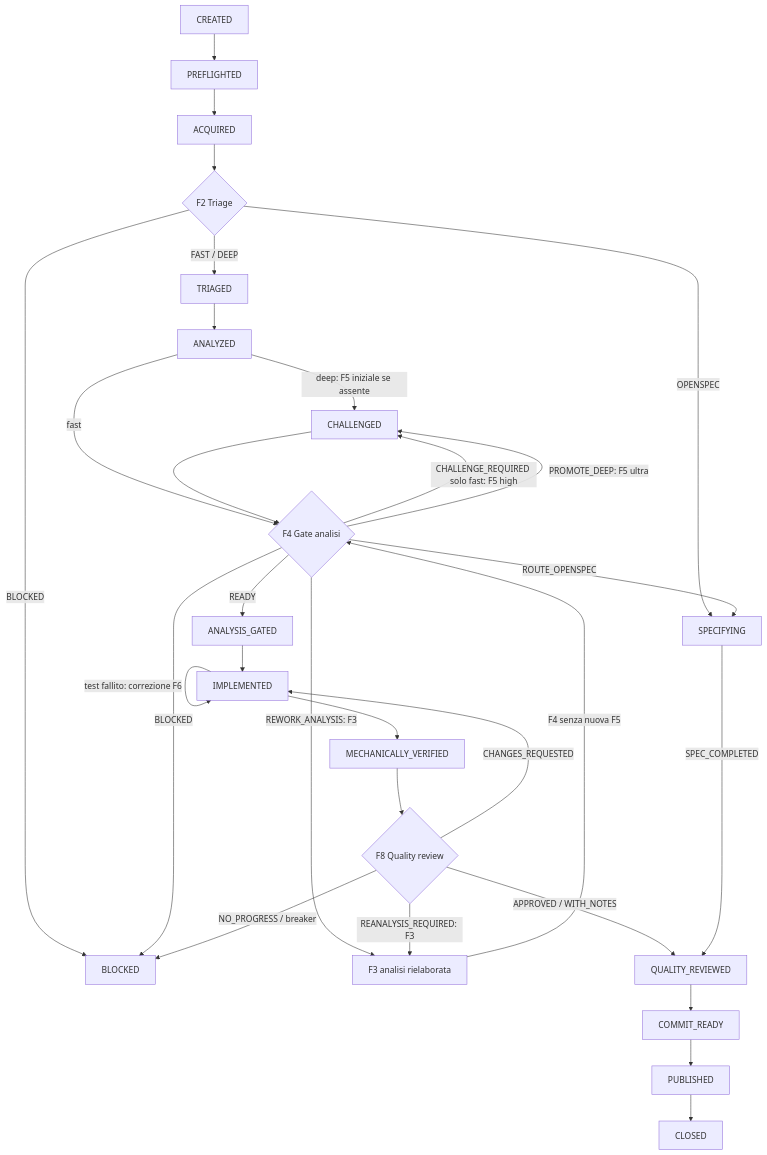
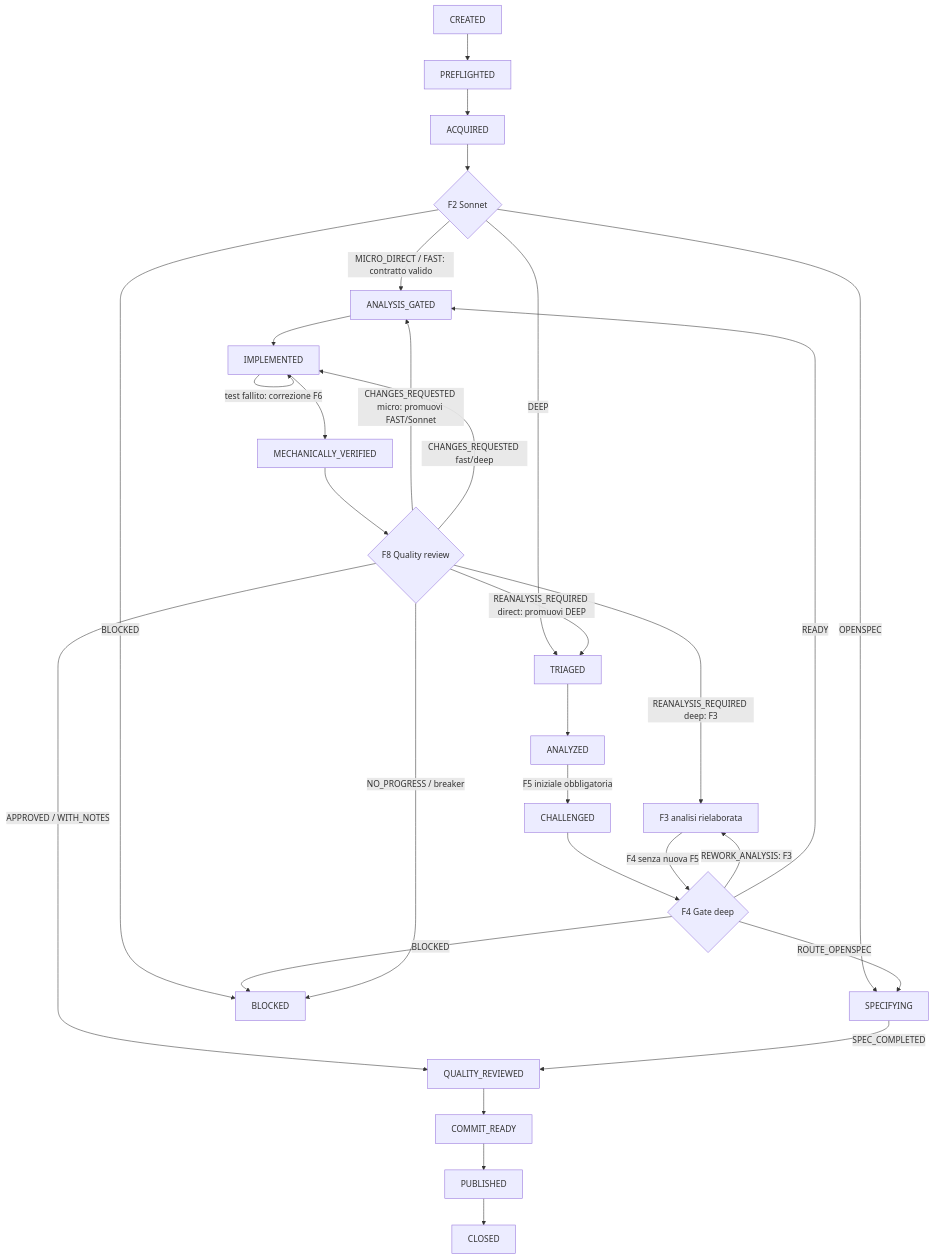
Before and after one commit to Robbyy/WebApp-Scacchi: the diagram in docs/github-issue-ai-workflow-v2.md, drawn with Mermaid. The commit also changed other lines of this file and 1 other file, not shown here.

````diff
--- a/docs/github-issue-ai-workflow-v2.md
+++ b/docs/github-issue-ai-workflow-v2.md
@@ -291,26 +295,25 @@
 ```mermaid
 flowchart TD
-    A[CREATED] --> B[PREFLIGHTED] --> C[ACQUIRED] --> T{F2 Triage}
-    T -->|FAST / DEEP| E[TRIAGED] --> F[ANALYZED]
+    A[CREATED] --> B[PREFLIGHTED] --> C[ACQUIRED] --> T{F2 Sonnet}
+    T -->|MICRO_DIRECT / FAST: contratto valido| I[ANALYSIS_GATED]
+    T -->|DEEP| E[TRIAGED] --> F[ANALYZED]
     T -->|OPENSPEC| S[SPECIFYING]
     T -->|BLOCKED| X[BLOCKED]
-    F -->|deep: F5 iniziale se assente| H[CHALLENGED]
-    F -->|fast| G{F4 Gate analisi}
-    H --> G
-    G -->|CHALLENGE_REQUIRED solo fast: F5 high| H
-    G -->|PROMOTE_DEEP: F5 ultra| H
+    F -->|F5 iniziale obbligatoria| H[CHALLENGED] --> G{F4 Gate deep}
     G -->|REWORK_ANALYSIS: F3| R[F3 analisi rielaborata]
     R -->|F4 senza nuova F5| G
     G -->|ROUTE_OPENSPEC| S
     G -->|READY| I[ANALYSIS_GATED]
     G -->|BLOCKED| X
     I --> J[IMPLEMENTED]
     J -->|test fallito: correzione F6| J
     J --> K[MECHANICALLY_VERIFIED] --> L{F8 Quality review}
     L -->|APPROVED / WITH_NOTES| M[QUALITY_REVIEWED]
-    L -->|CHANGES_REQUESTED| J
-    L -->|REANALYSIS_REQUIRED: F3| R
+    L -->|CHANGES_REQUESTED micro: promuovi FAST/Sonnet| I
+    L -->|CHANGES_REQUESTED fast/deep| J
+    L -->|REANALYSIS_REQUIRED deep: F3| R
+    L -->|REANALYSIS_REQUIRED direct: promuovi DEEP| E
     L -->|NO_PROGRESS / breaker| X
     S -->|SPEC_COMPLETED| M
     M --> N[COMMIT_READY] --> O[PUBLISHED] --> P[CLOSED]
 ```
````
